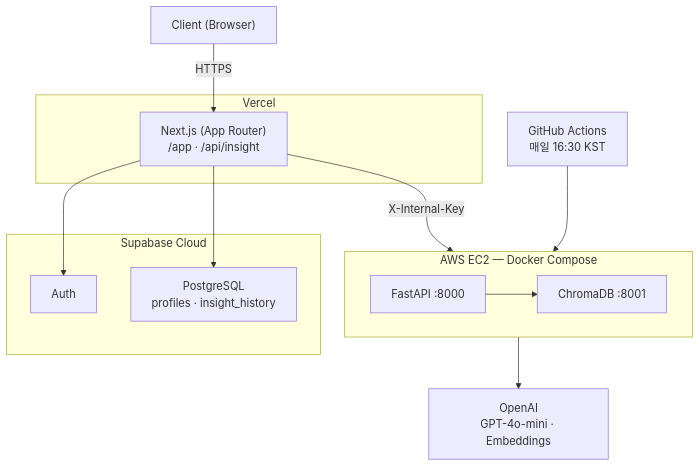
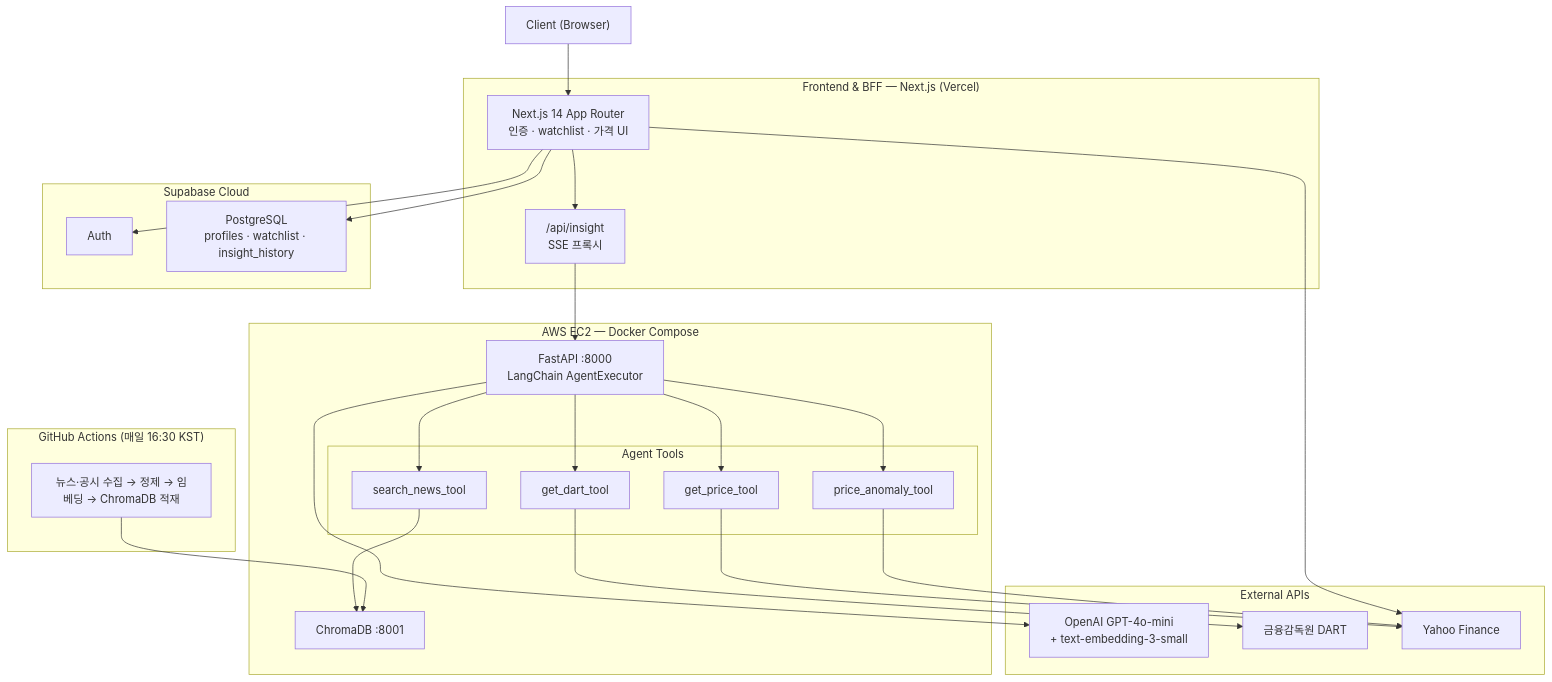
The diagram in README.md (sammy0329/finsight-ai-agent), drawn with Mermaid before and after one commit. The commit also changed other lines of this file and 3 other files, not shown here.

First line of the commit message:
docs: Multi-tool Agent 방향으로 PRD·TECH_STACK·TASK·README 전면 개정

````diff
--- a/README.md
+++ b/README.md
@@ -11,30 +54,45 @@
 ```mermaid
 flowchart TD
     Client["Client (Browser)"]
 
-    subgraph Vercel["Vercel"]
-        NX["Next.js (App Router)\n/app · /api/insight"]
+    subgraph Vercel["Frontend & BFF — Next.js (Vercel)"]
+        NX["Next.js 14 App Router\n인증 · watchlist · 가격 UI"]
+        APIRoute["/api/insight\nSSE 프록시"]
     end
 
     subgraph Supabase["Supabase Cloud"]
         SA["Auth"]
-        SDB["PostgreSQL\nprofiles · insight_history"]
+        SDB["PostgreSQL\nprofiles · watchlist · insight_history"]
     end
 
     subgraph EC2["AWS EC2 — Docker Compose"]
-        direction LR
-        FA["FastAPI :8000"]
+        FA["FastAPI :8000\nLangChain AgentExecutor"]
+        subgraph Tools["Agent Tools"]
+            T1["search_news_tool"]
+            T2["get_dart_tool"]
+            T3["get_price_tool"]
+            T4["price_anomaly_tool"]
+        end
         Chroma["ChromaDB :8001"]
+        FA --> T1 & T2 & T3 & T4
+        T1 --> Chroma
     end
 
-    GHA["GitHub Actions\n매일 16:30 KST"]
-    OpenAI["OpenAI\nGPT-4o-mini · Embeddings"]
+    subgraph External["External APIs"]
+        OpenAI["OpenAI GPT-4o-mini\n+ text-embedding-3-small"]
+        DART["금융감독원 DART"]
+        Yahoo["Yahoo Finance"]
+    end
 
-    Client -->|HTTPS| NX
-    NX --> SA
-    NX --> SDB
-    NX -->|X-Internal-Key| FA
-    FA --> Chroma
+    subgraph Pipeline["GitHub Actions (매일 16:30 KST)"]
+        GHA["뉴스·공시 수집 → 정제 → 임베딩 → ChromaDB 적재"]
+    end
+
+    Client --> NX
+    NX --> SA & SDB & Yahoo
+    NX --> APIRoute --> FA
+    FA --> OpenAI
+    T2 --> DART
+    T3 & T4 --> Yahoo
     GHA --> Chroma
-    FA --> OpenAI
 ```
````
